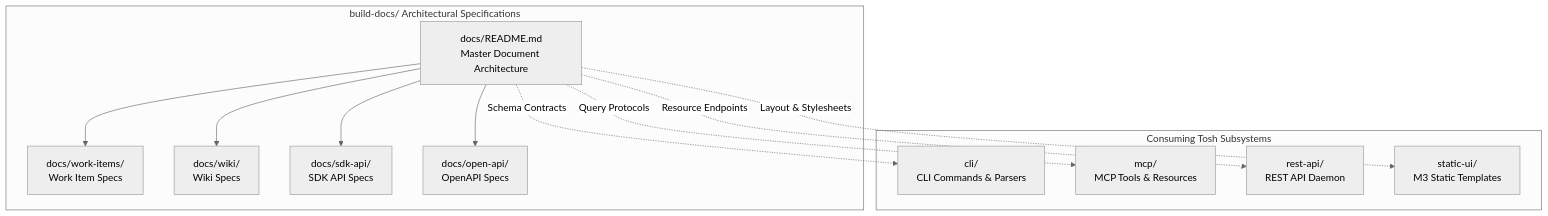
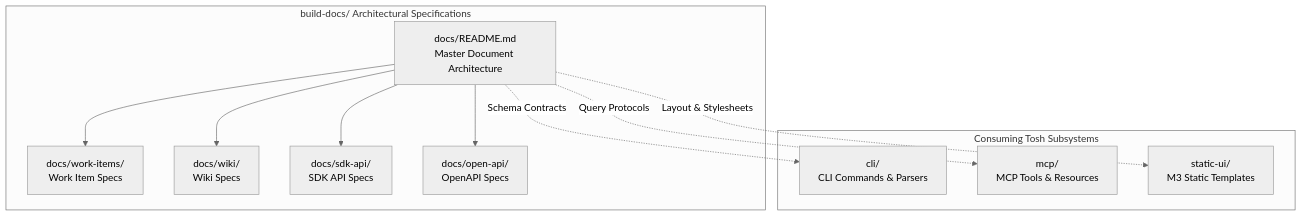
Before and after one commit to Equitable-Innovations/tosh: the first of 2 diagrams in build-docs/docs/README.md, drawn with Mermaid (neutral theme). The commit also changed other lines of this file and 18 other files, not shown here.

First line of the commit message:
docs: remove the REST API subsystem and reject TOPIC-004 (#6)

````diff
--- a/build-docs/docs/README.md
+++ b/build-docs/docs/README.md
@@ -37,27 +37,25 @@
 ```mermaid
 flowchart TD
     subgraph BuildDocs [build-docs/ Architectural Specifications]
         DocsMaster[docs/README.md<br/>Master Document Architecture]
         WI[docs/work-items/<br/>Work Item Specs]
         Wiki[docs/wiki/<br/>Wiki Specs]
         API[docs/sdk-api/<br/>SDK API Specs]
         OAS[docs/open-api/<br/>OpenAPI Specs]
     end
 
     DocsMaster --> WI
     DocsMaster --> Wiki
     DocsMaster --> API
     DocsMaster --> OAS
 
     subgraph Subsystems [Consuming Tosh Subsystems]
         CLI[cli/<br/>CLI Commands & Parsers]
         MCP[mcp/<br/>MCP Tools & Resources]
-        REST[rest-api/<br/>REST API Daemon]
         UI[static-ui/<br/>M3 Static Templates]
     end
 
     DocsMaster -.->|Schema Contracts| CLI
     DocsMaster -.->|Query Protocols| MCP
-    DocsMaster -.->|Resource Endpoints| REST
     DocsMaster -.->|Layout & Stylesheets| UI
 ```
````
